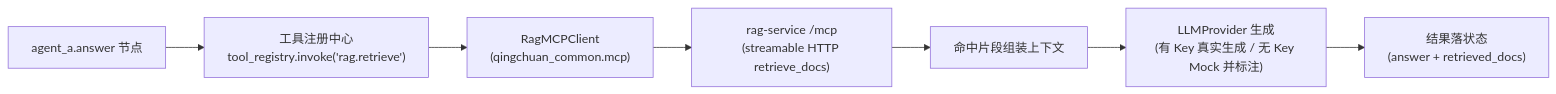
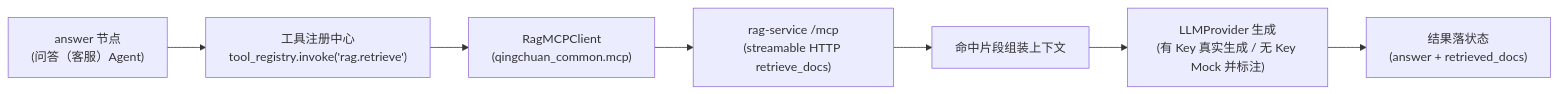
Before and after one commit to chain-engine/x-QingChuan: the third of 3 diagrams in apps/agent-service/README.md, drawn with Mermaid. The commit also changed other lines of this file and 8 other files, not shown here.

Commit message:
refactor: rename Agent A (RAG Q&A) to 问答（客服）Agent / customer_service across docs and comments

````diff
--- a/apps/agent-service/README.md
+++ b/apps/agent-service/README.md
@@ -233,9 +233,9 @@
 ```mermaid
 flowchart LR
-    N["agent_a.answer 节点"] --> T["工具注册中心<br/>tool_registry.invoke('rag.retrieve')"]
+    N["answer 节点<br/>(问答（客服）Agent)"] --> T["工具注册中心<br/>tool_registry.invoke('rag.retrieve')"]
     T --> M["RagMCPClient<br/>(qingchuan_common.mcp)"]
     M --> R["rag-service /mcp<br/>(streamable HTTP retrieve_docs)"]
     R --> C["命中片段组装上下文"]
     C --> L["LLMProvider 生成<br/>(有 Key 真实生成 / 无 Key Mock 并标注)"]
     L --> S["结果落状态<br/>(answer + retrieved_docs)"]
 ```
````
